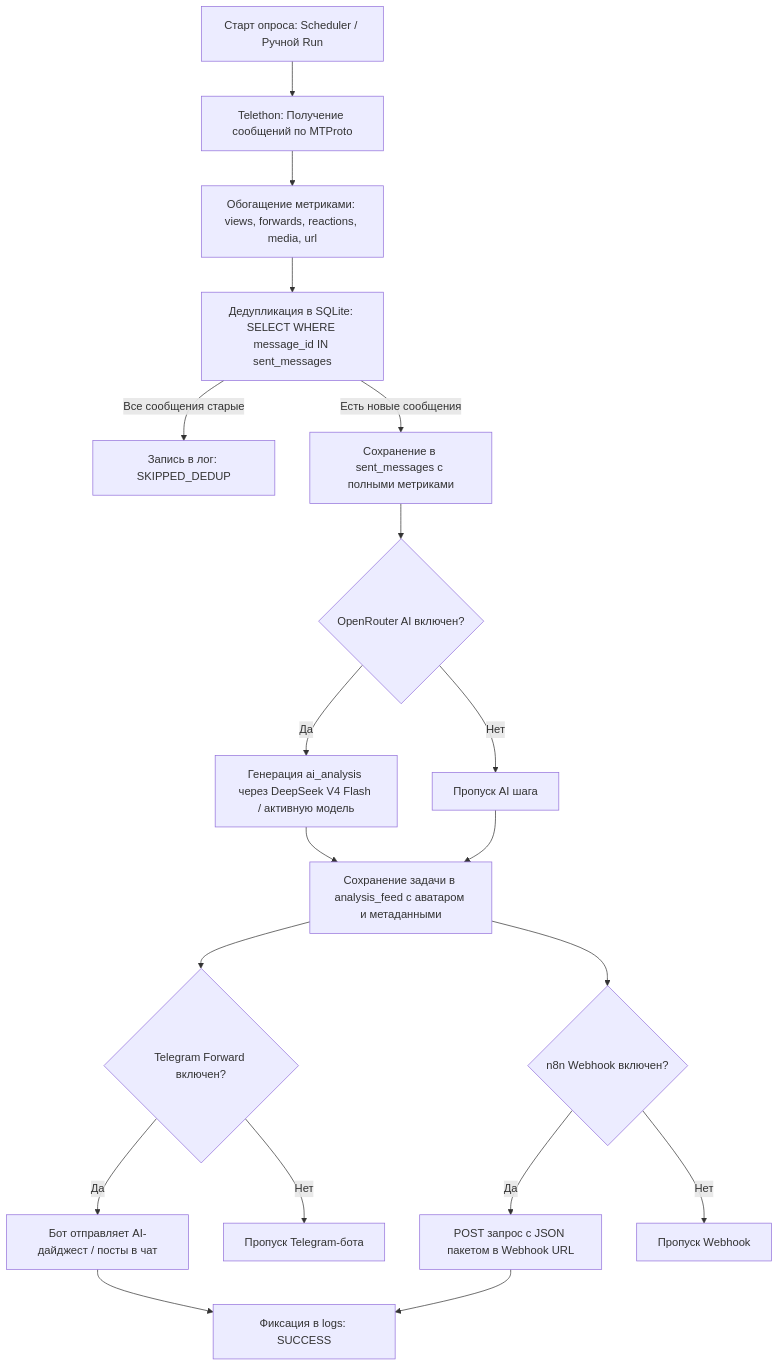
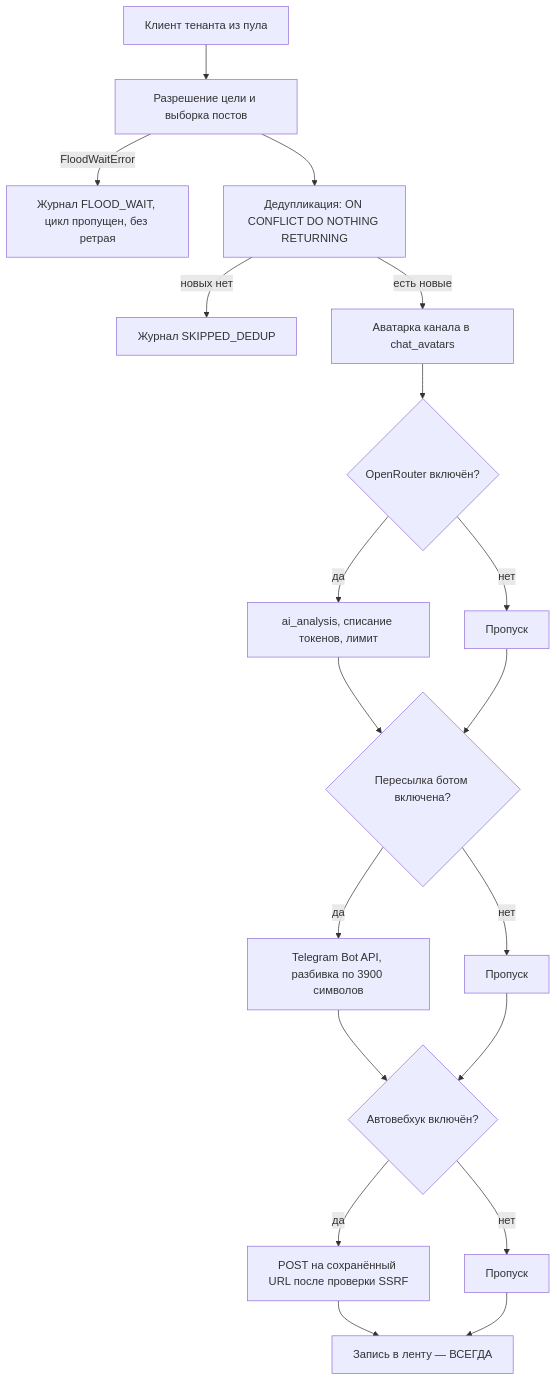
The second of 2 diagrams in PROJECT_OVERVIEW.md (Asmadey/telegram-monitor-n8n-bridge), drawn with Mermaid before and after one commit. The commit also changed other lines of this file and 7 other files, not shown here.

````diff
--- a/PROJECT_OVERVIEW.md
+++ b/PROJECT_OVERVIEW.md
@@ -150,21 +138,21 @@
 ```mermaid
 flowchart TD
-    A[Старт опроса: Scheduler / Ручной Run] --> B[Telethon: Получение сообщений по MTProto]
-    B --> C[Обогащение метриками: views, forwards, reactions, media, url]
-    C --> D[Дедупликация в SQLite: SELECT WHERE message_id IN sent_messages]
-    D -->|Все сообщения старые| E[Запись в лог: SKIPPED_DEDUP]
-    D -->|Есть новые сообщения| F[Сохранение в sent_messages с полными метриками]
-    F --> G{OpenRouter AI включен?}
-    G -->|Да| H[Генерация ai_analysis через DeepSeek V4 Flash / активную модель]
-    G -->|Нет| I[Пропуск AI шага]
-    H --> J[Сохранение задачи в analysis_feed с аватаром и метаданными]
-    I --> J
-    J --> K{Telegram Forward включен?}
-    K -->|Да| L[Бот отправляет AI-дайджест / посты в чат]
-    K -->|Нет| M[Пропуск Telegram-бота]
-    J --> N{n8n Webhook включен?}
-    N -->|Да| O[POST запрос с JSON пакетом в Webhook URL]
-    N -->|Нет| P[Пропуск Webhook]
-    L --> Q[Фиксация в logs: SUCCESS]
-    O --> Q
+    A[Клиент тенанта из пула] --> B[Разрешение цели и выборка постов]
+    B -->|FloodWaitError| FW[Журнал FLOOD_WAIT, цикл пропущен, без ретрая]
+    B --> D[Дедупликация: ON CONFLICT DO NOTHING RETURNING]
+    D -->|новых нет| E[Журнал SKIPPED_DEDUP]
+    D -->|есть новые| F[Аватарка канала в chat_avatars]
+    F --> G{OpenRouter включён?}
+    G -->|да| H[ai_analysis, списание токенов, лимит]
+    G -->|нет| I[Пропуск]
+    H --> K{Пересылка ботом включена?}
+    I --> K
+    K -->|да| L[Telegram Bot API, разбивка по 3900 символов]
+    K -->|нет| M[Пропуск]
+    L --> N{Автовебхук включён?}
+    M --> N
+    N -->|да| O[POST на сохранённый URL после проверки SSRF]
+    N -->|нет| P2[Пропуск]
+    O --> Z[Запись в ленту — ВСЕГДА]
+    P2 --> Z
 ```
````
